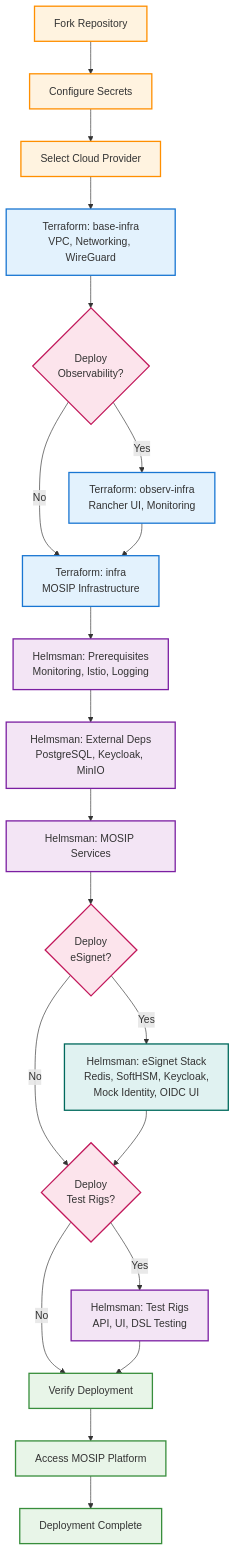
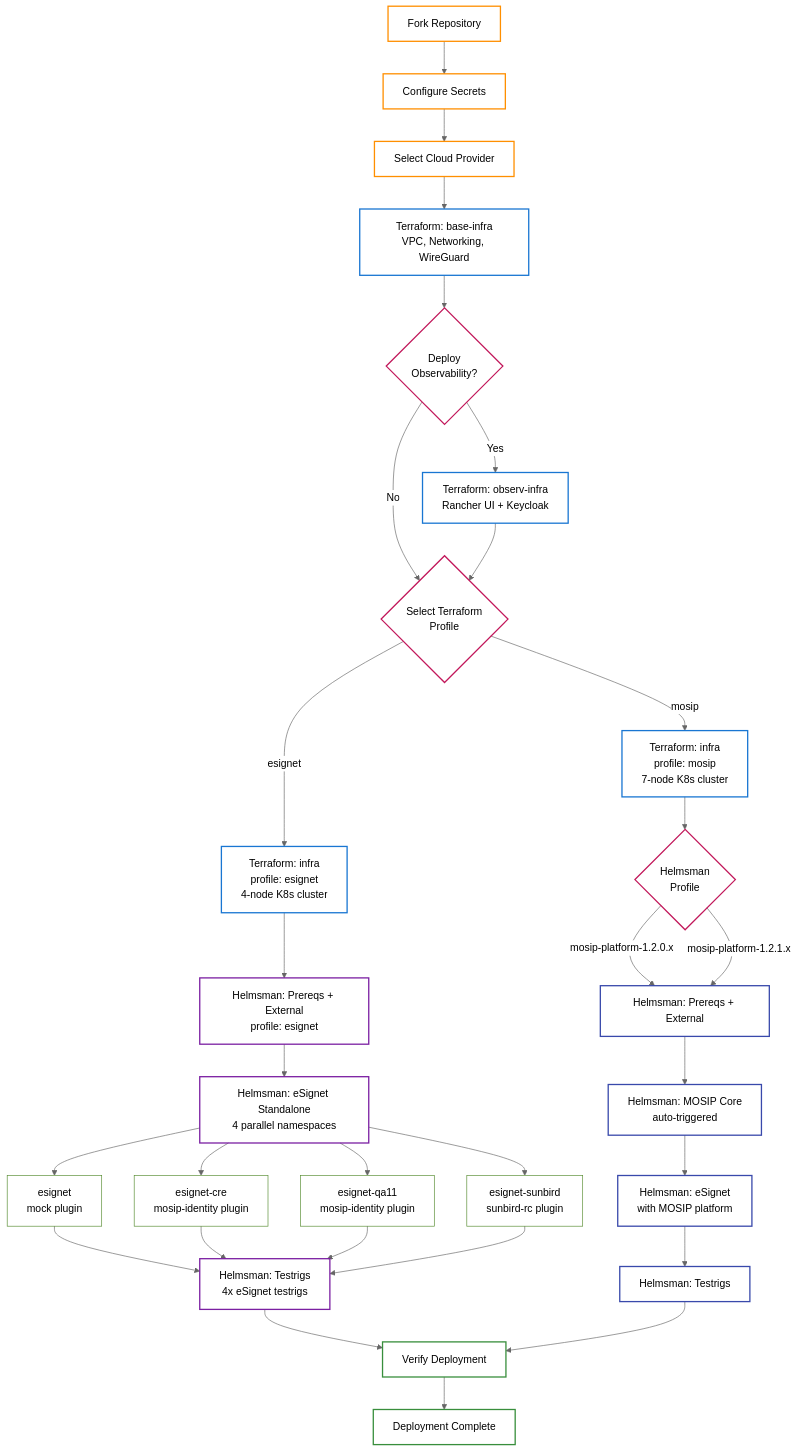
One commit to mosip/infra changed the diagram in README.md. Above: the diagram before and after it, drawn with Mermaid. The commit also changed other lines of this file and 20 other files, not shown here.

Commit message:
fixes: #1888 Documentation — eSignet standalone multi-namespace deployment (esignet standalone + MOSIP platform profiles)

````diff
--- a/README.md
+++ b/README.md
@@ -28,46 +28,63 @@
 ```mermaid
+%%{init: {'theme': 'neutral'}}%%
 graph TB
- %% Prerequisites
- A[Fork Repository] --> B[Configure Secrets]
- B --> C[Select Cloud Provider]
- 
- %% Infrastructure Phase
- C --> D[Terraform: base-infra<br/>VPC, Networking, WireGuard]
- D --> E{Deploy<br/>Observability?}
- E -->|Yes| F[Terraform: observ-infra<br/>Rancher UI, Monitoring]
- E -->|No| G[Terraform: infra<br/>MOSIP Infrastructure]
- F --> G
- 
- %% Helmsman Deployment Phase
- G --> H[Helmsman: Prerequisites<br/>Monitoring, Istio, Logging]
- H --> I[Helmsman: External Deps<br/>PostgreSQL, Keycloak, MinIO]
- 
- %% MOSIP Services
- I --> J[Helmsman: MOSIP Services]
- J --> J1{Deploy<br/>eSignet?}
- J1 -->|Yes| J2[Helmsman: eSignet Stack<br/>Redis, SoftHSM, Keycloak,<br/>Mock Identity, OIDC UI]
- J1 -->|No| K{Deploy<br/>Test Rigs?}
- J2 --> K
- K -->|Yes| L[Helmsman: Test Rigs<br/>API, UI, DSL Testing]
- K -->|No| M[Verify Deployment]
- L --> M
- 
- %% Final Verification
- M --> N[Access MOSIP Platform]
- N --> O[Deployment Complete]
- 
- %% Styling
- classDef prereq fill:#fff3e0,stroke:#ff8f00,stroke-width:2px
- classDef terraform fill:#e3f2fd,stroke:#1976d2,stroke-width:2px
- classDef helmsman fill:#f3e5f5,stroke:#7b1fa2,stroke-width:2px
- classDef esignet fill:#e0f2f1,stroke:#00695c,stroke-width:2px
- classDef success fill:#e8f5e8,stroke:#388e3c,stroke-width:2px
- classDef decision fill:#fce4ec,stroke:#c2185b,stroke-width:2px
- 
- class A,B,C prereq
- class D,F,G terraform
- class H,I,J,L helmsman
- class J2 esignet
- class M,N,O success
- class E,K,J1 decision
+    %% Prerequisites
+    A[Fork Repository] --> B[Configure Secrets]
+    B --> C[Select Cloud Provider]
+
+    %% Infrastructure Phase
+    C --> D[Terraform: base-infra<br/>VPC, Networking, WireGuard]
+    D --> OBS{Deploy<br/>Observability?}
+    OBS -->|Yes| F[Terraform: observ-infra<br/>Rancher UI + Keycloak]
+    OBS -->|No| PS
+    F --> PS
+
+    %% Terraform Profile Selection
+    PS{Select Terraform<br/>Profile}
+    PS -->|esignet| TF_ES[Terraform: infra<br/>profile: esignet<br/>4-node K8s cluster]
+    PS -->|mosip| TF_MP[Terraform: infra<br/>profile: mosip<br/>7-node K8s cluster]
+
+    %% ── eSignet Standalone Flow — Helmsman profile: esignet ─────
+    TF_ES --> ES_EXT[Helmsman: Prereqs + External<br/>profile: esignet]
+    ES_EXT --> ES_ESIGNET[Helmsman: eSignet Standalone<br/>4 parallel namespaces]
+
+    ES_ESIGNET --> NS1[esignet<br/>mock plugin]
+    ES_ESIGNET --> NS2[esignet-cre<br/>mosip-identity plugin]
+    ES_ESIGNET --> NS3[esignet-qa11<br/>mosip-identity plugin]
+    ES_ESIGNET --> NS4[esignet-sunbird<br/>sunbird-rc plugin]
+
+    NS1 --> ES_TRIGS[Helmsman: Testrigs<br/>4x eSignet testrigs]
+    NS2 --> ES_TRIGS
+    NS3 --> ES_TRIGS
+    NS4 --> ES_TRIGS
+
+    %% ── MOSIP Platform Flow — Helmsman profile selection ────────
+    TF_MP --> MP_VER{Helmsman<br/>Profile}
+    MP_VER -->|mosip-platform-1.2.0.x| MP_EXT[Helmsman: Prereqs + External]
+    MP_VER -->|mosip-platform-1.2.1.x| MP_EXT
+    MP_EXT --> MP_MOSIP[Helmsman: MOSIP Core<br/>auto-triggered]
+    MP_MOSIP --> MP_ESIGNET[Helmsman: eSignet<br/>with MOSIP platform]
+    MP_ESIGNET --> MP_TRIGS[Helmsman: Testrigs]
+
+    %% Final Verification
+    ES_TRIGS --> V[Verify Deployment]
+    MP_TRIGS --> V
+    V --> DONE[Deployment Complete]
+
+    %% Styling — transparent fills for readability in both light and dark themes
+    classDef prereq fill:none,stroke:#ff8f00,stroke-width:2px
+    classDef terraform fill:none,stroke:#1976d2,stroke-width:2px
+    classDef helmsman fill:none,stroke:#7b1fa2,stroke-width:2px
+    classDef mosip fill:none,stroke:#3949ab,stroke-width:2px
+    classDef ns fill:none,stroke:#558b2f,stroke-width:1px
+    classDef success fill:none,stroke:#388e3c,stroke-width:2px
+    classDef decision fill:none,stroke:#c2185b,stroke-width:2px
+
+    class A,B,C prereq
+    class D,F,TF_ES,TF_MP terraform
+    class ES_EXT,ES_ESIGNET,ES_TRIGS helmsman
+    class MP_EXT,MP_MOSIP,MP_ESIGNET,MP_TRIGS mosip
+    class NS1,NS2,NS3,NS4 ns
+    class V,DONE success
+    class OBS,PS,MP_VER decision
 ```
````
